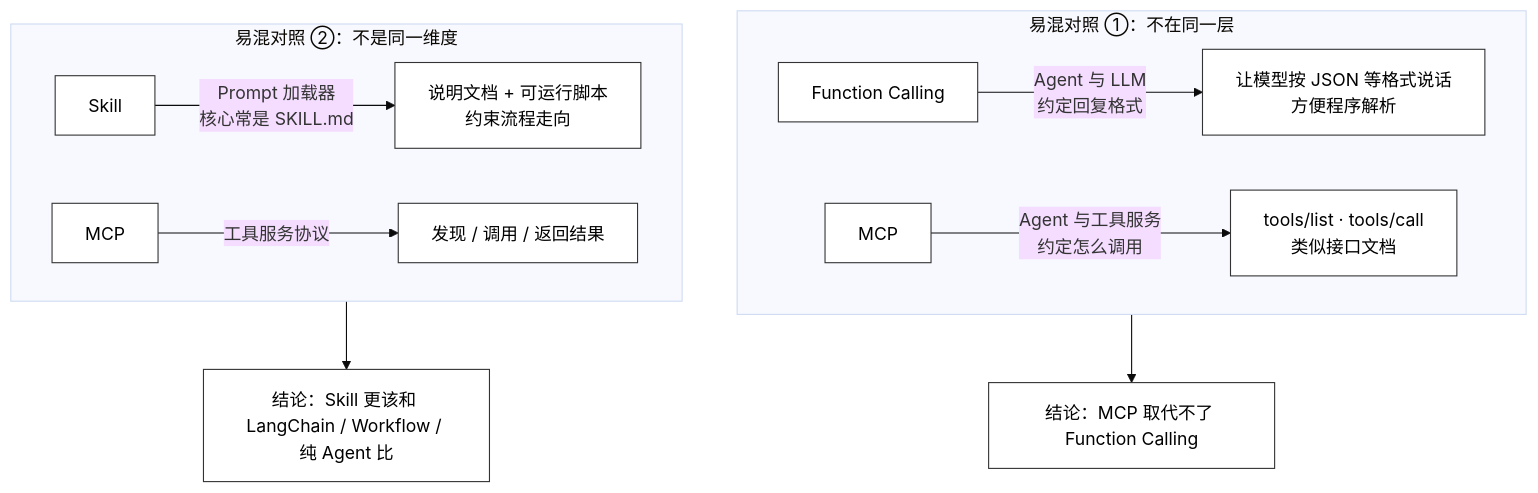
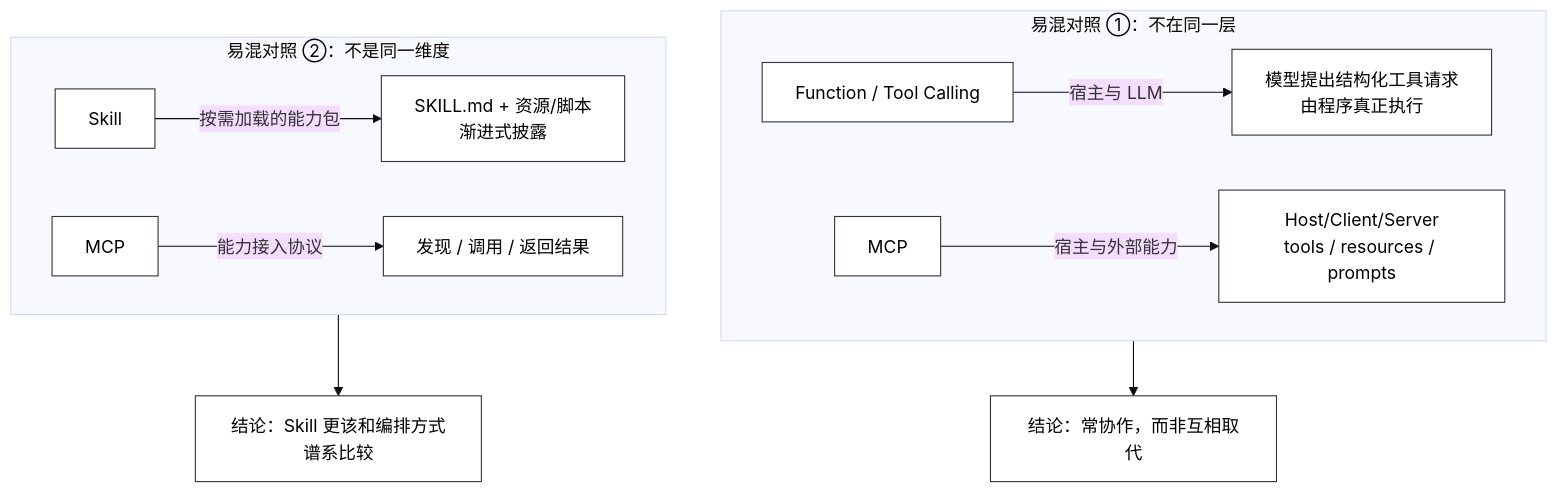
The fifth of 5 diagrams in _posts/2026-08-01-Agent基本概念梳理.md (KwanWaiPang/KwanWaiPang.github.io), drawn with Mermaid (base theme) before and after one commit. The commit also changed other lines of this file, not shown here.

First line of the commit message:
核校并修正 Agent 概念博文中的术语定义

```diff
--- a/_posts/2026-08-01-Agent基本概念梳理.md
+++ b/_posts/2026-08-01-Agent基本概念梳理.md
@@ -260,21 +271,21 @@
 <div class="mermaid" style="display: flex; justify-content: center; width: 90%; margin: 0 auto;">
 flowchart TB
     classDef default fill:#fff,stroke:#333,stroke-width:1px,color:#000;
 
     subgraph P1["易混对照 ①：不在同一层"]
-      FC["Function Calling"] -->|"Agent 与 LLM<br/>约定回复格式"| FC2["让模型按 JSON 等格式说话<br/>方便程序解析"]
-      MCP1["MCP"] -->|"Agent 与工具服务<br/>约定怎么调用"| MCP12["tools/list · tools/call<br/>类似接口文档"]
+      FC["Function / Tool Calling"] -->|"宿主与 LLM"| FC2["模型提出结构化工具请求<br/>由程序真正执行"]
+      MCP1["MCP"] -->|"宿主与外部能力"| MCP12["Host/Client/Server<br/>tools / resources / prompts"]
     end
 
-    X1["结论：MCP 取代不了 Function Calling"]
+    X1["结论：常协作，而非互相取代"]
 
     subgraph P2["易混对照 ②：不是同一维度"]
-      SK["Skill"] -->|"Prompt 加载器<br/>核心常是 SKILL.md"| SK2["说明文档 + 可运行脚本<br/>约束流程走向"]
-      MCP2["MCP"] -->|"工具服务协议"| MCP22["发现 / 调用 / 返回结果"]
+      SK["Skill"] -->|"按需加载的能力包"| SK2["SKILL.md + 资源/脚本<br/>渐进式披露"]
+      MCP2["MCP"] -->|"能力接入协议"| MCP22["发现 / 调用 / 返回结果"]
     end
 
-    X2["结论：Skill 更该和 LangChain / Workflow / 纯 Agent 比"]
+    X2["结论：Skill 更该和编排方式谱系比较"]
 
     P1 --> X1
     P2 --> X2
 </div>
```
